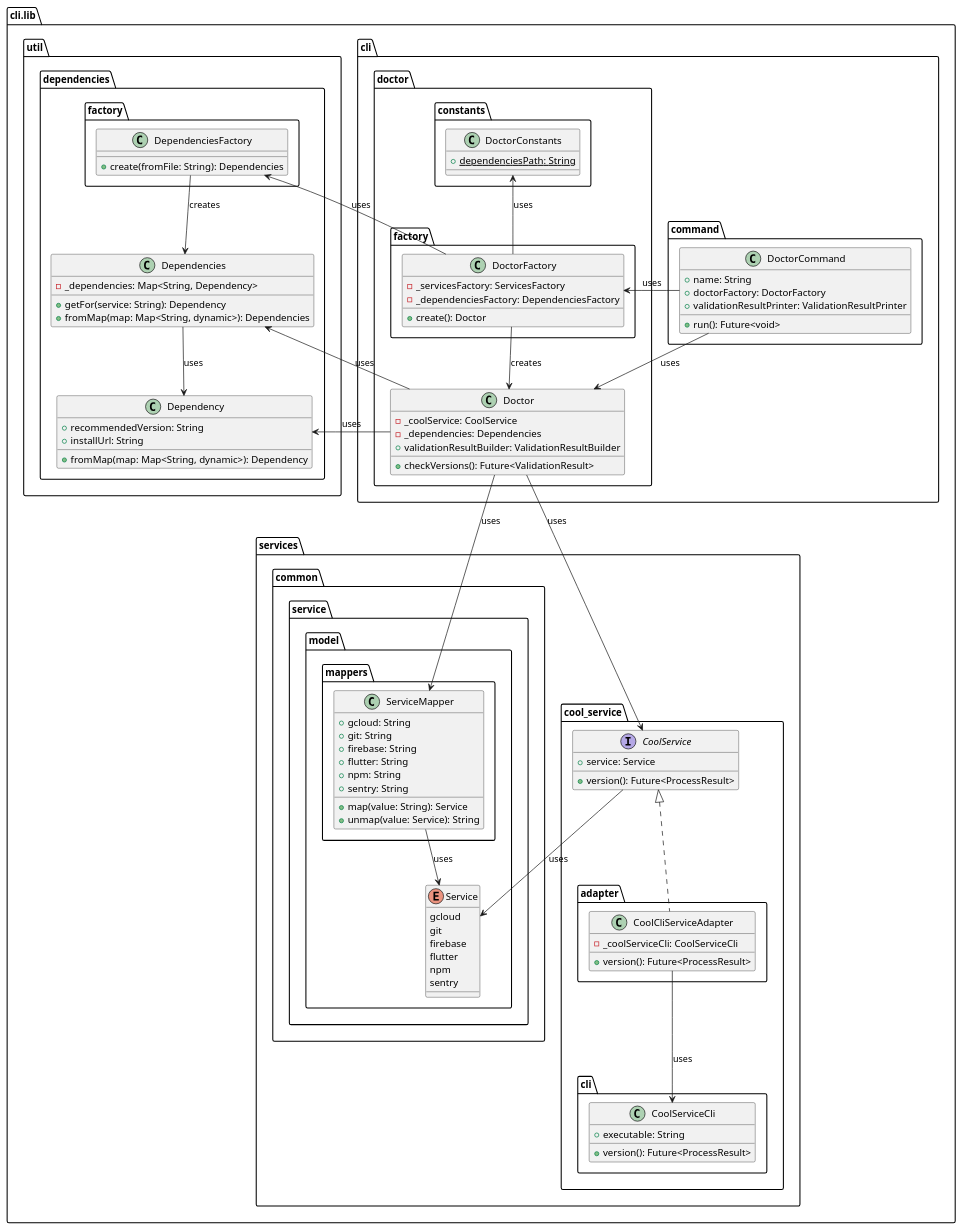
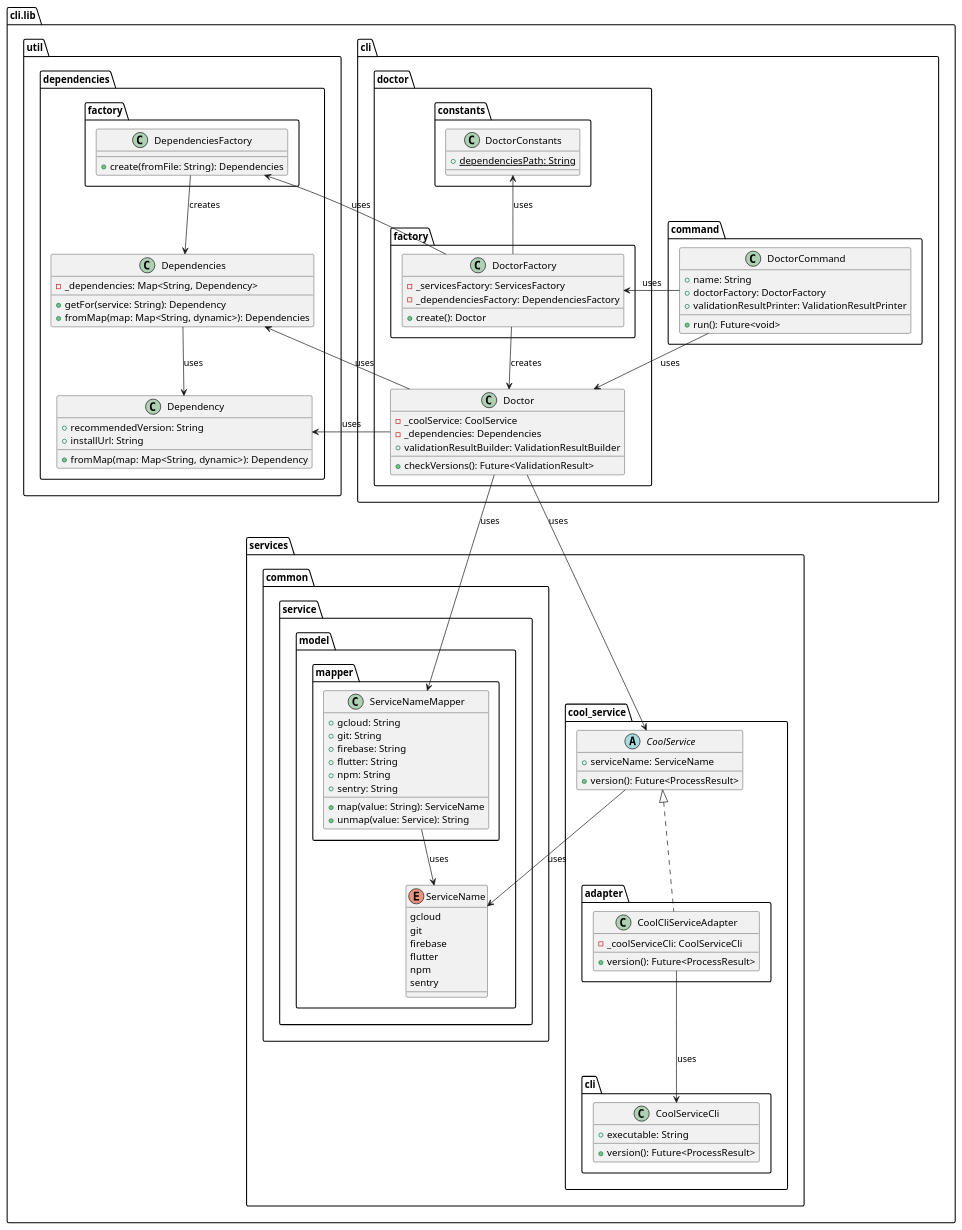
One commit to Flank/flank-dashboard changed the diagram in metrics/cli/docs/features/doctor_output_improvements/diagrams/metrics_cli_class_diagram.puml. Above: the diagram before and after it, drawn with PlantUML. The commit also changed 3 other files, not shown here.

Commit message:
Add service enum

```diff
--- a/metrics/cli/docs/features/doctor_output_improvements/diagrams/metrics_cli_class_diagram.puml
+++ b/metrics/cli/docs/features/doctor_output_improvements/diagrams/metrics_cli_class_diagram.puml
@@ -1,137 +1,137 @@
 @startuml doctor_output_improvements_class_diagram
 
 package cli.lib as cli_lib {
     package cli {
         package command {
             class DoctorCommand {
                 + name: String
                 + doctorFactory: DoctorFactory
                 + validationResultPrinter: ValidationResultPrinter
 
                 + run(): Future<void>
             }
         }
 
         package doctor {
             class Doctor {
                 - _coolService: CoolService
                 - _dependencies: Dependencies
                 + validationResultBuilder: ValidationResultBuilder
 
                 + checkVersions(): Future<ValidationResult>
             }
 
             package factory as doctor_factory {
                 class DoctorFactory {
                     - _servicesFactory: ServicesFactory
                     - _dependenciesFactory: DependenciesFactory
 
                     + create(): Doctor
                 }
             }
             
             package constants {
                 class DoctorConstants {
                     + {static} dependenciesPath: String
                 }
             }
         }
     }
 
     package services {
         package common.service.model {
-            enum Service {
+            enum ServiceName {
                 gcloud
                 git
                 firebase
                 flutter
                 npm
                 sentry
             }
 
-            package mappers {
-                class ServiceMapper {
+            package mapper {
+                class ServiceNameMapper {
                     + gcloud: String
                     + git: String
                     + firebase: String
                     + flutter: String
                     + npm: String
                     + sentry: String
 
-                    + map(value: String): Service
+                    + map(value: String): ServiceName
                     + unmap(value: Service): String
                 }
             }
         }
 
         package cool_service {
             package adapter {
                 class CoolCliServiceAdapter {
                     - _coolServiceCli: CoolServiceCli
 
                     + version(): Future<ProcessResult>
                 }
             }
 
             package cli as cool_service_cli {
                 class CoolServiceCli {
                     + executable: String
 
                     + version(): Future<ProcessResult>
                 }
             }
 
-            interface CoolService {
-                + service: Service
+            abstract class CoolService {
+                + serviceName: ServiceName
                 + version(): Future<ProcessResult>
             }
         }
     }
 
     package util.dependencies {
         package factory as dependencies_factory {
             class DependenciesFactory {
                 + create(fromFile: String): Dependencies
             }
         }
 
         class Dependency {
             + recommendedVersion: String
             + installUrl: String
 
             + fromMap(map: Map<String, dynamic>): Dependency
         }
 
         class Dependencies {
             - _dependencies: Map<String, Dependency>
 
             + getFor(service: String): Dependency
             + fromMap(map: Map<String, dynamic>): Dependencies
         }
     }
 }
 
 DoctorCommand --> Doctor : uses
 DoctorCommand -left-> DoctorFactory : uses
 
 DoctorFactory --> Doctor : creates
 DoctorFactory -up-> DependenciesFactory : uses
 DoctorFactory -up-> DoctorConstants : uses
 
 Doctor --> CoolService : uses
 Doctor -right-> Dependencies : uses
 Doctor -right-> Dependency : uses
-Doctor --> ServiceMapper : uses
+Doctor --> ServiceNameMapper : uses
 
 CoolCliServiceAdapter .up.|> CoolService
 CoolCliServiceAdapter -down-> CoolServiceCli : uses
 
-CoolService --> Service : uses
+CoolService --> ServiceName : uses
 
 DependenciesFactory --> Dependencies : creates
 
 Dependencies --> Dependency : uses
 
-ServiceMapper --> Service : uses
+ServiceNameMapper --> ServiceName : uses
 
 @enduml
```
